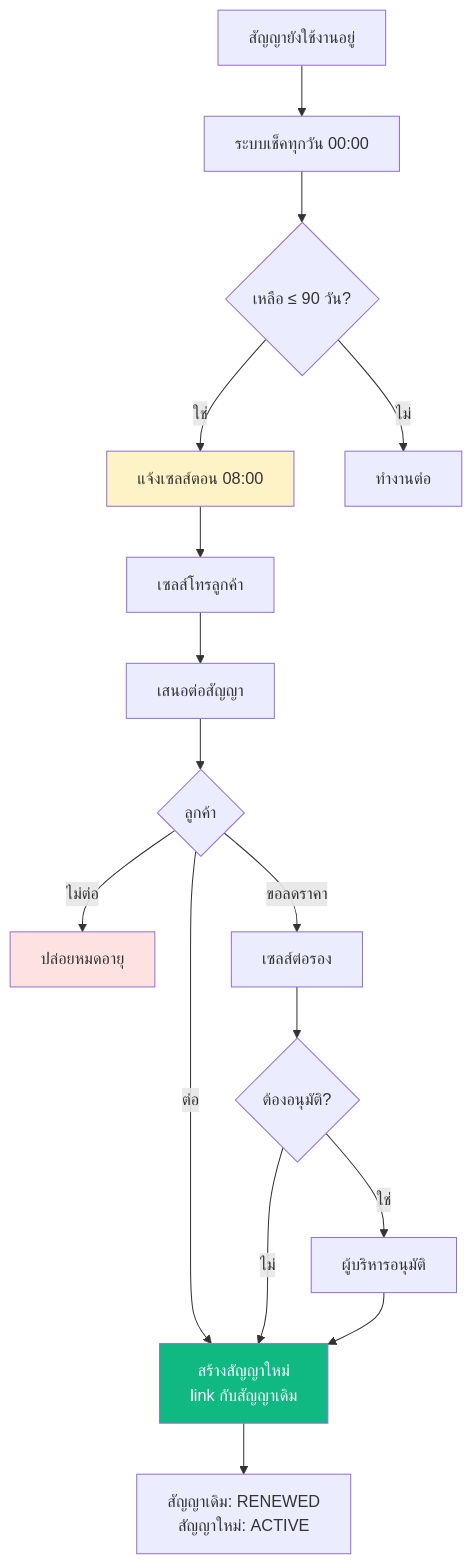
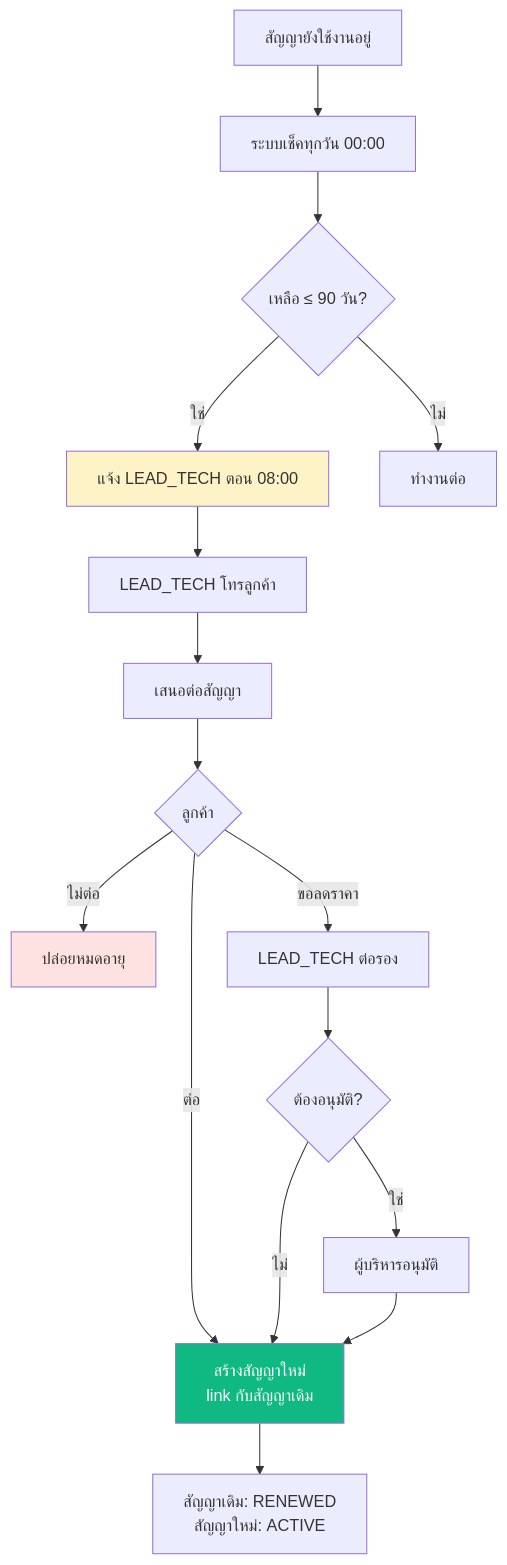
One commit to Rachaiyut/mrgreenpest-admin changed diagram 34 of 46 in public/docs/FLOW.md. Above: the diagram before and after it, drawn with Mermaid. The commit also changed other lines of this file, not shown here.

First line of the commit message:
docs(flow): remove standalone Sales role — handled by LEAD_TECH/TECH

````diff
--- a/public/docs/FLOW.md
+++ b/public/docs/FLOW.md
@@ -2690,24 +2617,24 @@
 ```mermaid
 flowchart TD
     Active[สัญญายังใช้งานอยู่] --> System[ระบบเช็คทุกวัน 00:00]
     System --> Check{เหลือ ≤ 90 วัน?}
-    Check -->|ใช่| Notify[แจ้งเซลส์ตอน 08:00]
+    Check -->|ใช่| Notify[แจ้ง LEAD_TECH ตอน 08:00]
     Check -->|ไม่| Continue[ทำงานต่อ]
 
-    Notify --> SalesCall[เซลส์โทรลูกค้า]
+    Notify --> SalesCall[LEAD_TECH โทรลูกค้า]
     SalesCall --> Offer[เสนอต่อสัญญา]
     Offer --> CustDecision{ลูกค้า}
     CustDecision -->|ต่อ| New[สร้างสัญญาใหม่<br/>link กับสัญญาเดิม]
     CustDecision -->|ไม่ต่อ| LetExpire[ปล่อยหมดอายุ]
-    CustDecision -->|ขอลดราคา| Negotiate[เซลส์ต่อรอง]
+    CustDecision -->|ขอลดราคา| Negotiate[LEAD_TECH ต่อรอง]
     Negotiate --> Mgmt{ต้องอนุมัติ?}
     Mgmt -->|ใช่| Approve[ผู้บริหารอนุมัติ]
     Mgmt -->|ไม่| New
     Approve --> New
 
     New --> Renewed[สัญญาเดิม: RENEWED<br/>สัญญาใหม่: ACTIVE]
 
     style Notify fill:#fef3c7
     style New fill:#10b981,color:#fff
     style LetExpire fill:#fee2e2
 ```
````
